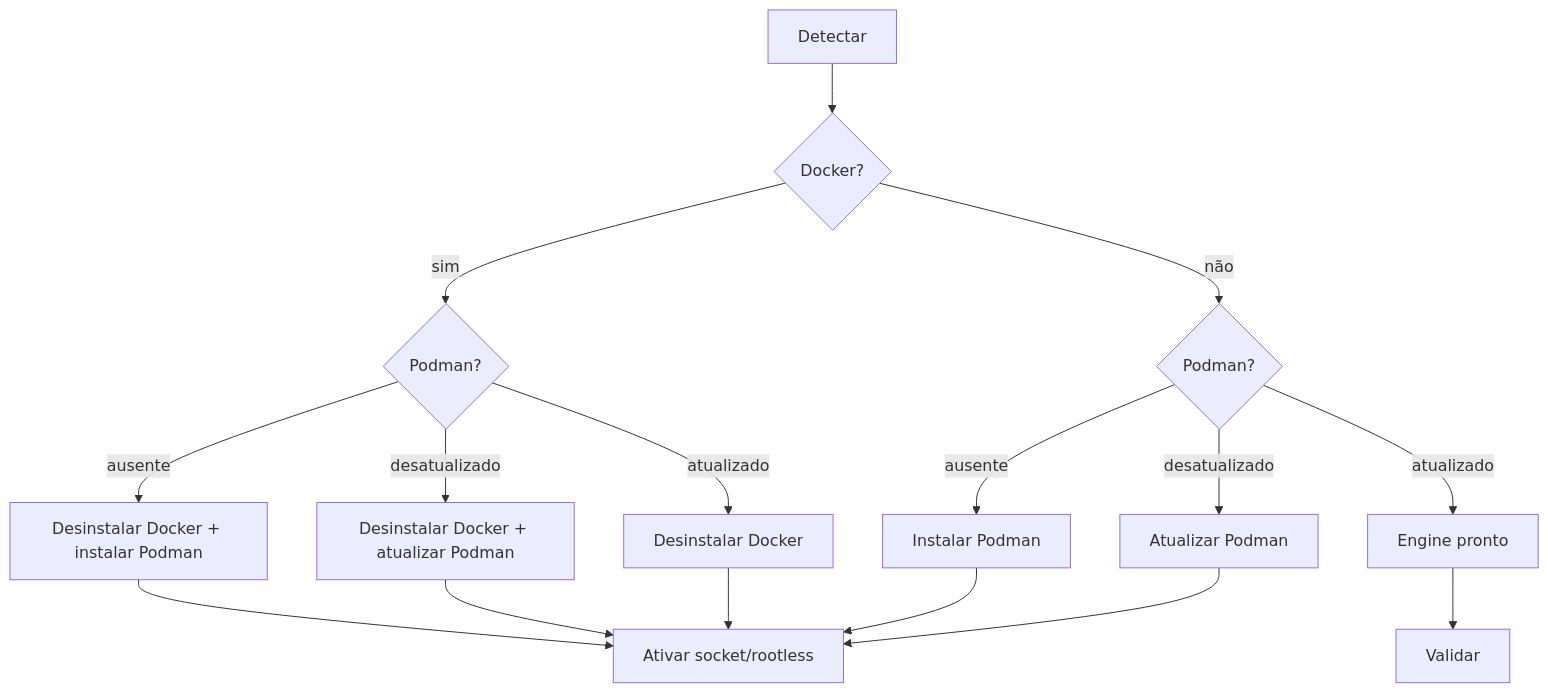
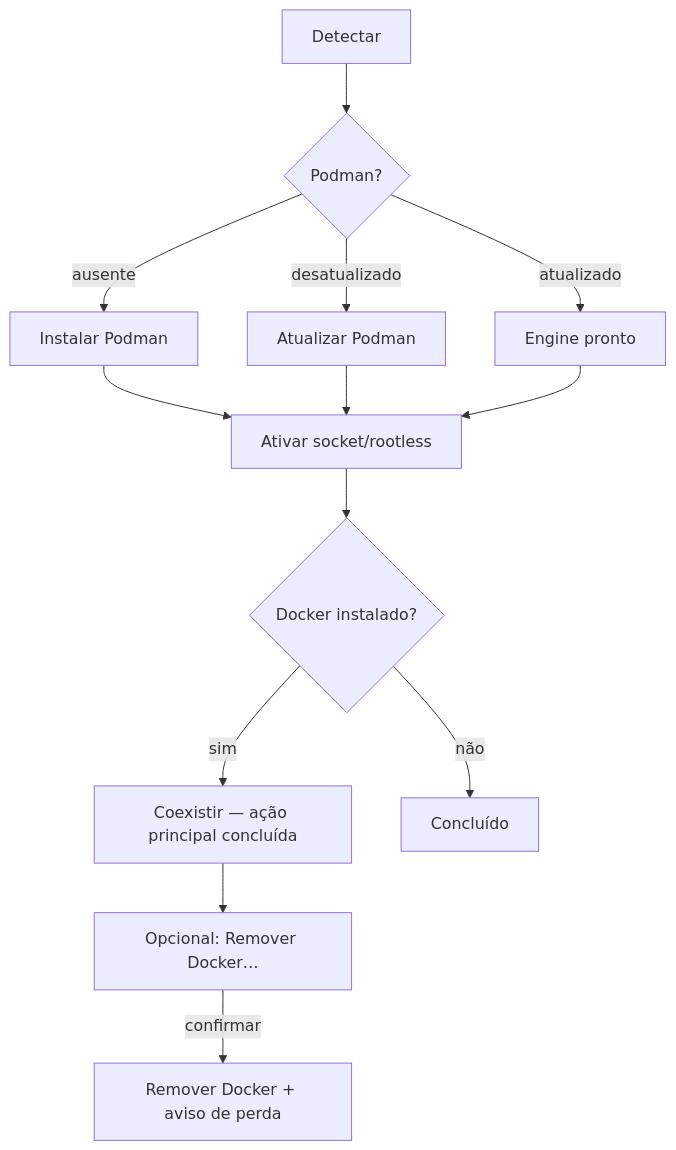
One commit to marcos2872/podstack changed the tenth of 10 diagrams in poc/ui/FLOWS.md. Above: the diagram before and after it, drawn with Mermaid. The commit also changed other lines of this file and 9 other files, not shown here.

First line of the commit message:
fix(poc): torna Docker opcional e corrige navegação e tipografia

````diff
--- a/poc/ui/FLOWS.md
+++ b/poc/ui/FLOWS.md
@@ -383,18 +383,15 @@
 ```mermaid
 flowchart TD
-    A[Detectar] --> B{Docker?}
-    B -->|sim| C{Podman?}
-    B -->|não| D{Podman?}
-    C -->|ausente| E[Desinstalar Docker + instalar Podman]
-    C -->|desatualizado| F[Desinstalar Docker + atualizar Podman]
-    C -->|atualizado| G[Desinstalar Docker]
-    D -->|ausente| H[Instalar Podman]
-    D -->|desatualizado| I[Atualizar Podman]
-    D -->|atualizado| J[Engine pronto]
-    E --> K[Ativar socket/rootless]
-    F --> K
-    G --> K
-    H --> K
-    I --> K
-    J --> L[Validar]
+    A[Detectar] --> B{Podman?}
+    B -->|ausente| C[Instalar Podman]
+    B -->|desatualizado| D[Atualizar Podman]
+    B -->|atualizado| E[Engine pronto]
+    C --> F[Ativar socket/rootless]
+    D --> F
+    E --> F
+    F --> G{Docker instalado?}
+    G -->|sim| H[Coexistir — ação principal concluída]
+    G -->|não| I[Concluído]
+    H --> J[Opcional: Remover Docker…]
+    J -->|confirmar| K[Remover Docker + aviso de perda]
 ```
````
